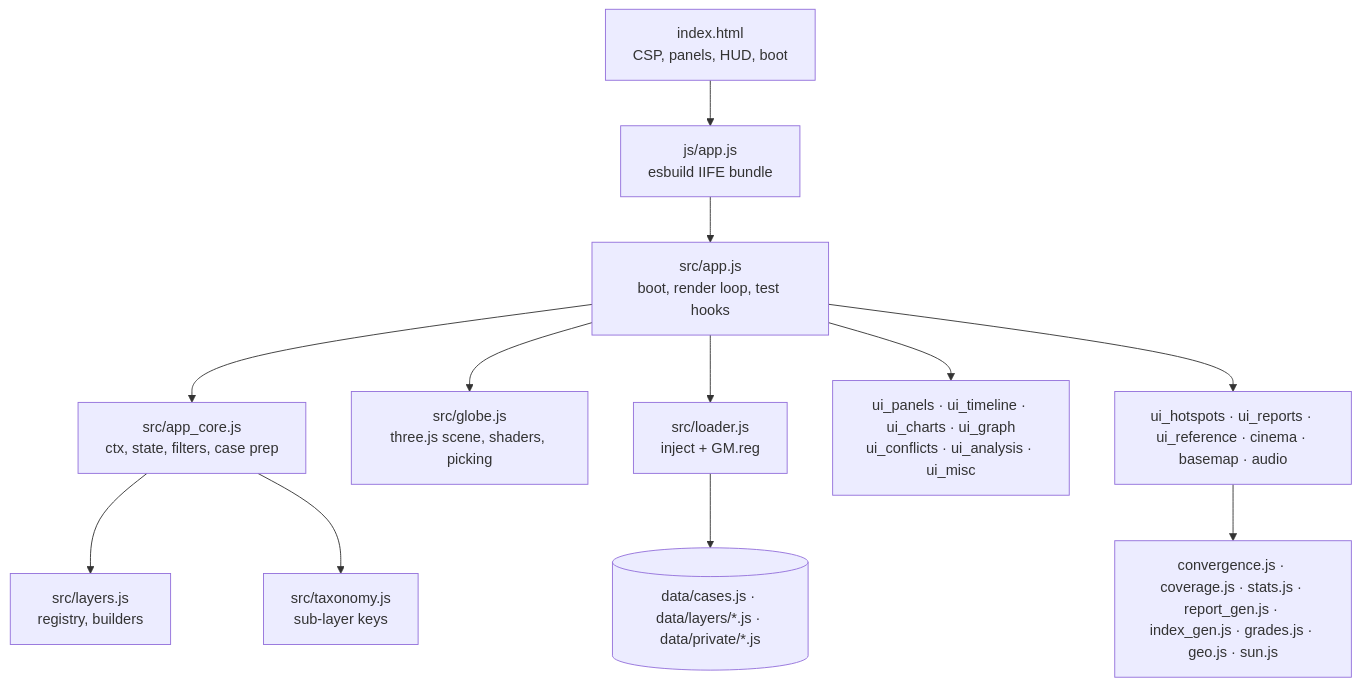
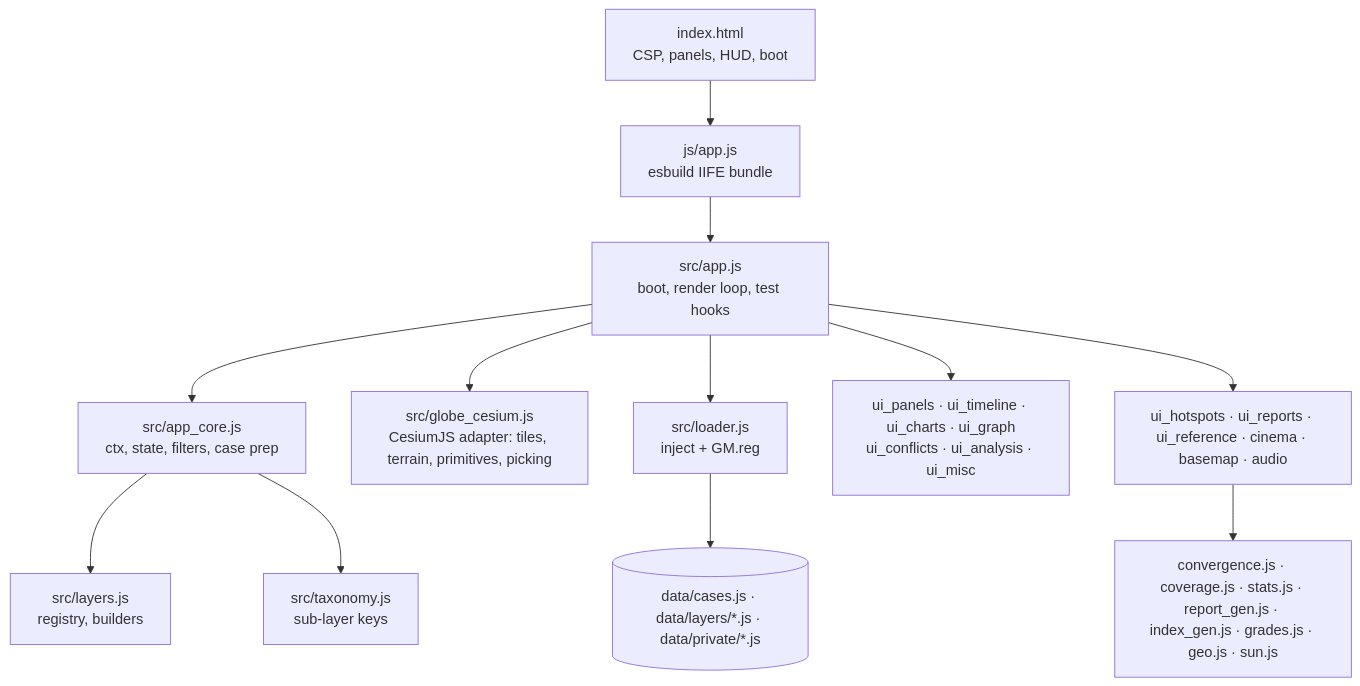
The diagram in docs/architecture.md (0thernes/global-map-app), drawn with Mermaid before and after one commit. The commit also changed other lines of this file and 10 other files, not shown here.

````diff
--- a/docs/architecture.md
+++ b/docs/architecture.md
@@ -7,14 +7,14 @@
 ```mermaid
 flowchart TB
   HTML[index.html<br/>CSP, panels, HUD, boot] --> BUNDLE[js/app.js<br/>esbuild IIFE bundle]
   BUNDLE --> APP[src/app.js<br/>boot, render loop, test hooks]
   APP --> CORE[src/app_core.js<br/>ctx, state, filters, case prep]
-  APP --> GLOBE[src/globe.js<br/>three.js scene, shaders, picking]
+  APP --> GLOBE[src/globe_cesium.js<br/>CesiumJS adapter: tiles, terrain, primitives, picking]
   APP --> LOADER[src/loader.js<br/>inject + GM.reg]
   CORE --> LAYERS[src/layers.js<br/>registry, builders]
   CORE --> TAX[src/taxonomy.js<br/>sub-layer keys]
   APP --> UI[ui_panels · ui_timeline · ui_charts · ui_graph<br/>ui_conflicts · ui_analysis · ui_misc]
   APP --> NEW[ui_hotspots · ui_reports · ui_reference · cinema · basemap · audio]
   NEW --> PURE[convergence.js · coverage.js · stats.js · report_gen.js · index_gen.js · grades.js · geo.js · sun.js]
   LOADER --> DATA[(data/cases.js · data/layers/*.js · data/private/*.js)]
 ```
````
